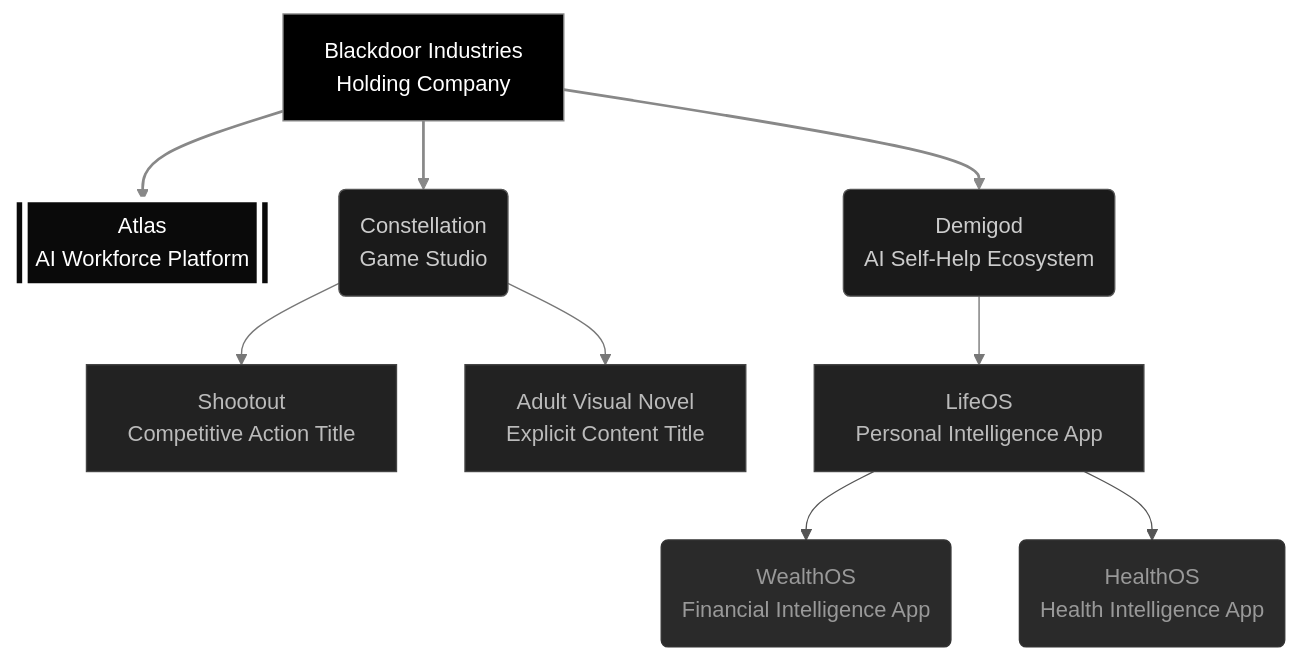
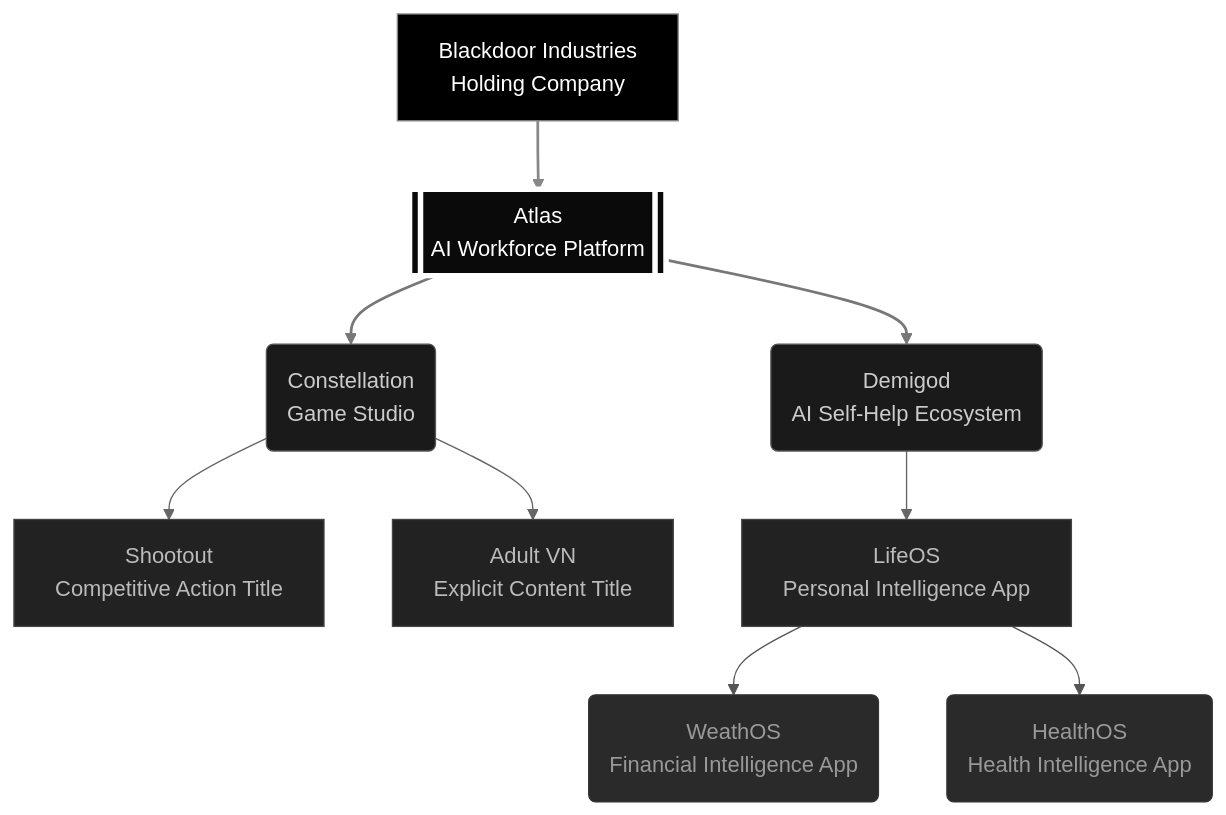
Before and after one commit to Blackdoor-Industries/.github: the first of 2 diagrams in profile/README.md, drawn with Mermaid. The commit also changed other lines of this file and 1 other file, not shown here.

Commit message:
Update org hierarchy diagram and ignore DS_Store

````diff
--- a/profile/README.md
+++ b/profile/README.md
@@ -41,37 +41,38 @@
 ```mermaid
 graph TD
     BD["Blackdoor Industries<br/>Holding Company"]
     ATLAS[["Atlas<br/>AI Workforce Platform"]]
     CONST("Constellation<br/>Game Studio")
     DEMI("Demigod<br/>AI Self-Help Ecosystem")
     SHOOT["Shootout<br/>Competitive Action Title"]
-    VN["Adult Visual Novel<br/>Explicit Content Title"]
+    VN["Adult VN<br/>Explicit Content Title"]
     LIFE["LifeOS<br/>Personal Intelligence App"]
-    WEALTH("WealthOS<br/>Financial Intelligence App")
+    WEATH("WeathOS<br/>Financial Intelligence App")
     HEALTH("HealthOS<br/>Health Intelligence App")
 
     BD --> ATLAS
-    BD --> CONST
-    BD --> DEMI
+    ATLAS --> CONST
+    ATLAS --> DEMI
     CONST --> SHOOT
     CONST --> VN
     DEMI --> LIFE
-    LIFE --> WEALTH
+    LIFE --> WEATH
     LIFE --> HEALTH
 
     classDef holding fill:#000,stroke:#888,stroke-width:1px,color:#fff
     classDef platform fill:#0a0a0a,stroke:#fff,stroke-width:4px,color:#fff
     classDef subsidiary fill:#1a1a1a,stroke:#555,color:#ccc
     classDef product fill:#222,stroke:#444,color:#bbb
     classDef module fill:#2a2a2a,stroke:#333,color:#999
 
     class BD holding
     class ATLAS platform
     class CONST,DEMI subsidiary
     class SHOOT,VN,LIFE product
-    class WEALTH,HEALTH module
+    class WEATH,HEALTH module
 
-    linkStyle 0,1,2 stroke:#888,stroke-width:2px
-    linkStyle 3,4,5 stroke:#777,stroke-width:1px
+    linkStyle 0 stroke:#888,stroke-width:2px
+    linkStyle 1,2 stroke:#777,stroke-width:2px
+    linkStyle 3,4,5 stroke:#666,stroke-width:1px
     linkStyle 6,7 stroke:#555,stroke-width:1px
 ```
````
